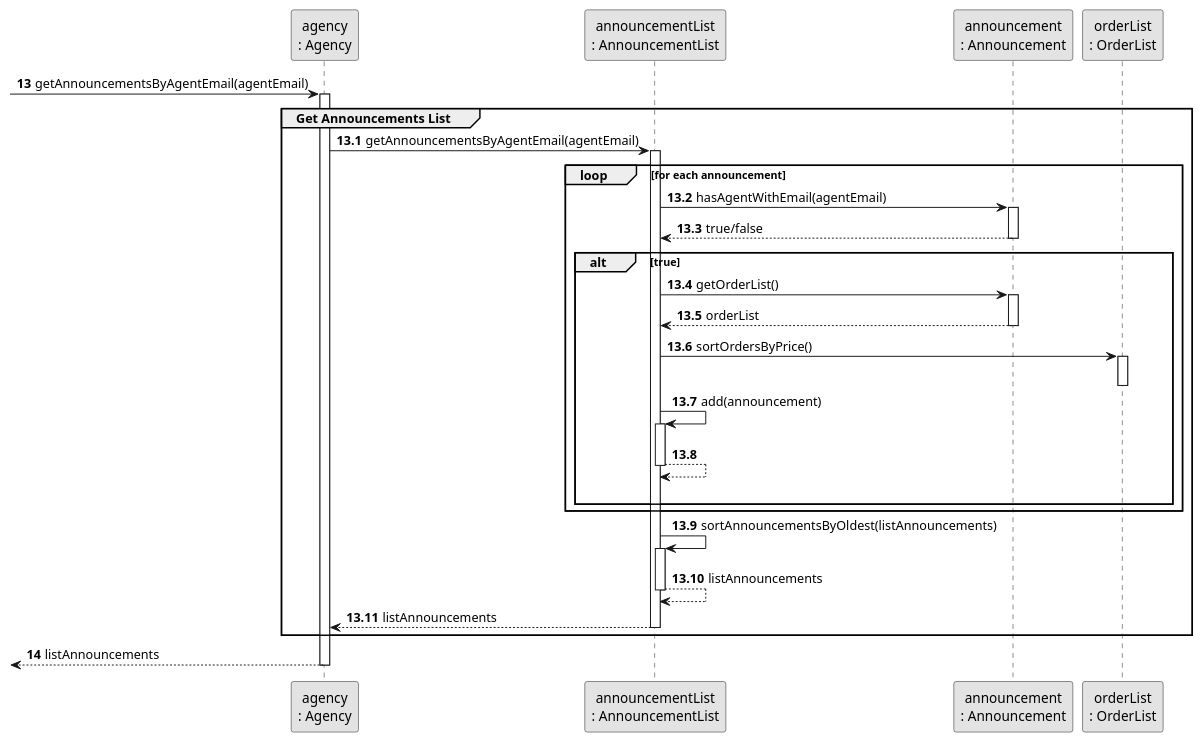
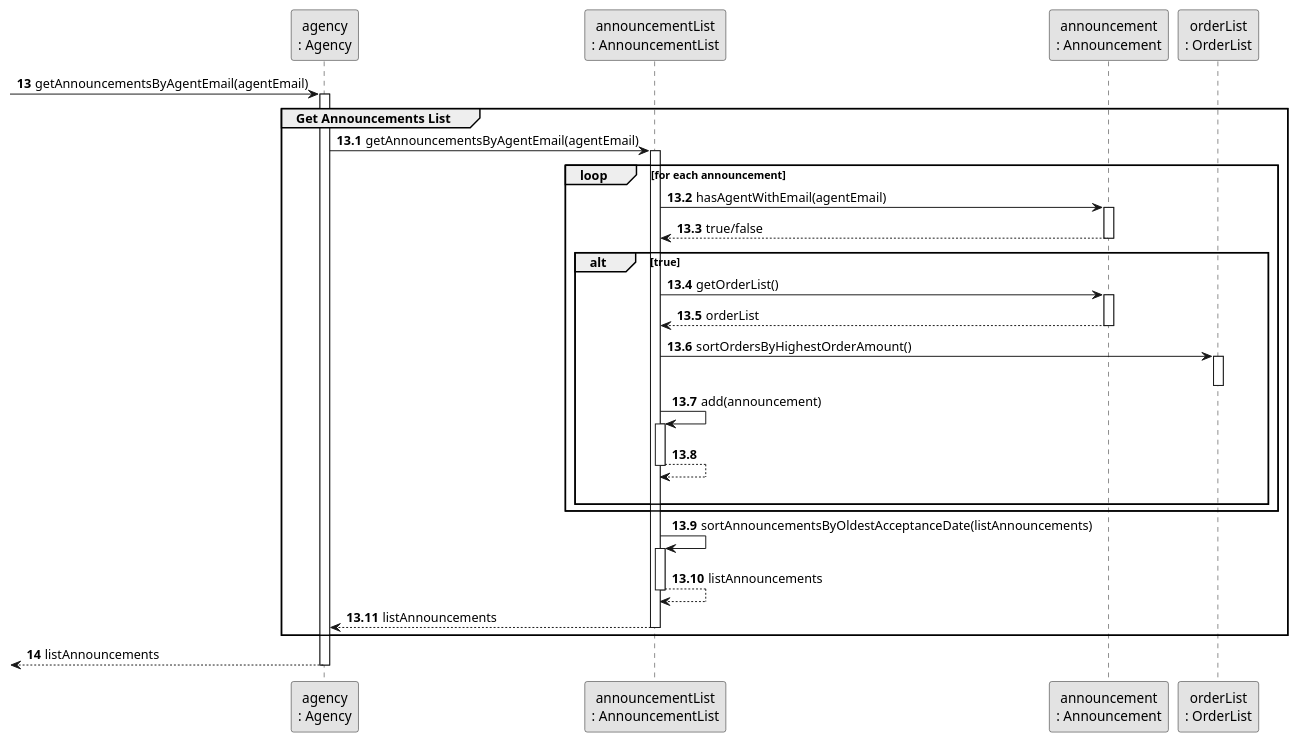
The diagram in docs/sprintC/us011/03.design/puml/us011-sequence-diagram-partial-get-announcements-list.puml (rita-barbosa/LAPR2-2223), drawn with PlantUML before and after one commit. The commit also changed 3 other files, not shown here.

Commit message:
Update sequence and class diagram: renaming methods [US011][Design][#03 & #01 Task|Issue]

```diff
--- a/docs/sprintC/us011/03.design/puml/us011-sequence-diagram-partial-get-announcements-list.puml
+++ b/docs/sprintC/us011/03.design/puml/us011-sequence-diagram-partial-get-announcements-list.puml
@@ -1,60 +1,60 @@
 @startuml
 skinparam monochrome true
 skinparam packageStyle rectangle
 skinparam shadowing false
 
 
  participant "agency\n: Agency" as AGENCY
  participant "announcementList\n: AnnouncementList" as AnnList
  participant "announcement\n: Announcement" as Announce
  participant "orderList\n: OrderList" as OrderList
 
 
 autonumber 13
      -> AGENCY: getAnnouncementsByAgentEmail(agentEmail)
      activate AGENCY
 
 group Get Announcements List
 autonumber 13.1
      AGENCY -> AnnList : getAnnouncementsByAgentEmail(agentEmail)
      activate AnnList
 
      loop for each announcement
      AnnList -> Announce : hasAgentWithEmail(agentEmail)
      activate Announce
 
      Announce --> AnnList : true/false
      deactivate Announce
 
          alt true
             AnnList -> Announce : getOrderList()
             activate Announce
             Announce --> AnnList: orderList
             deactivate Announce
-            AnnList -> OrderList : sortOrdersByPrice()
+            AnnList -> OrderList : sortOrdersByHighestOrderAmount()
             activate OrderList
             deactivate OrderList
 
             AnnList -> AnnList : add(announcement)
             activate AnnList
             AnnList --> AnnList :
             deactivate AnnList
          |||
          end alt
      end loop
-     AnnList -> AnnList : sortAnnouncementsByOldest(listAnnouncements)
+     AnnList -> AnnList : sortAnnouncementsByOldestAcceptanceDate(listAnnouncements)
      activate AnnList
      AnnList --> AnnList: listAnnouncements
      deactivate AnnList
 
      AnnList --> AGENCY : listAnnouncements
      deactivate AnnList
 
 end group
 
 autonumber 14
       <-- AGENCY : listAnnouncements
      deactivate AGENCY
 
 
 @enduml
```
